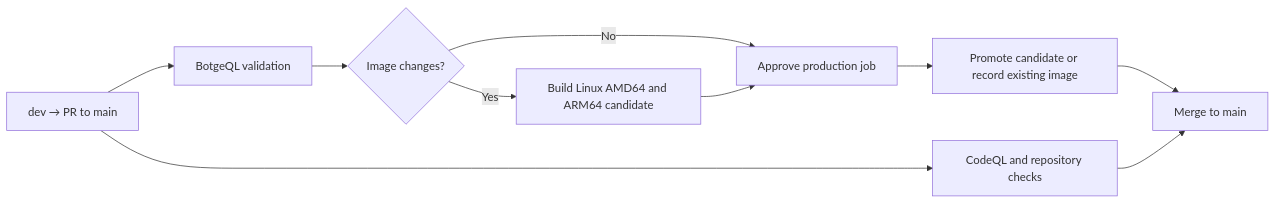
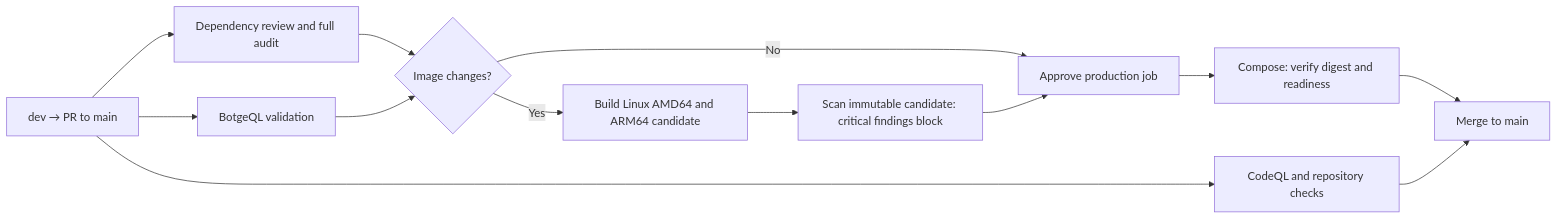
One commit to MrewyOrg/Botge changed the third of 3 diagrams in docs/ARCHITECTURE.md. Above: the diagram before and after it, drawn with Mermaid. The commit also changed other lines of this file and 55 other files, not shown here.

````diff
--- a/docs/ARCHITECTURE.md
+++ b/docs/ARCHITECTURE.md
@@ -135,12 +145,15 @@
 ```mermaid
 flowchart LR
     Dev["dev → PR to main"] --> Quality["BotgeQL validation"]
+    Dev --> Audit["Dependency review and full audit"]
+    Audit --> Paths
     Quality --> Paths{"Image changes?"}
     Paths -->|Yes| Build["Build Linux AMD64 and ARM64 candidate"]
     Paths -->|No| Approval["Approve production job"]
-    Build --> Approval
-    Approval --> Deploy["Promote candidate or record existing image"]
+    Build --> Scan["Scan immutable candidate: critical findings block"]
+    Scan --> Approval
+    Approval --> Deploy["Compose: verify digest and readiness"]
     Deploy --> Merge["Merge to main"]
     Dev --> Security["CodeQL and repository checks"]
     Security --> Merge
 ```
````
